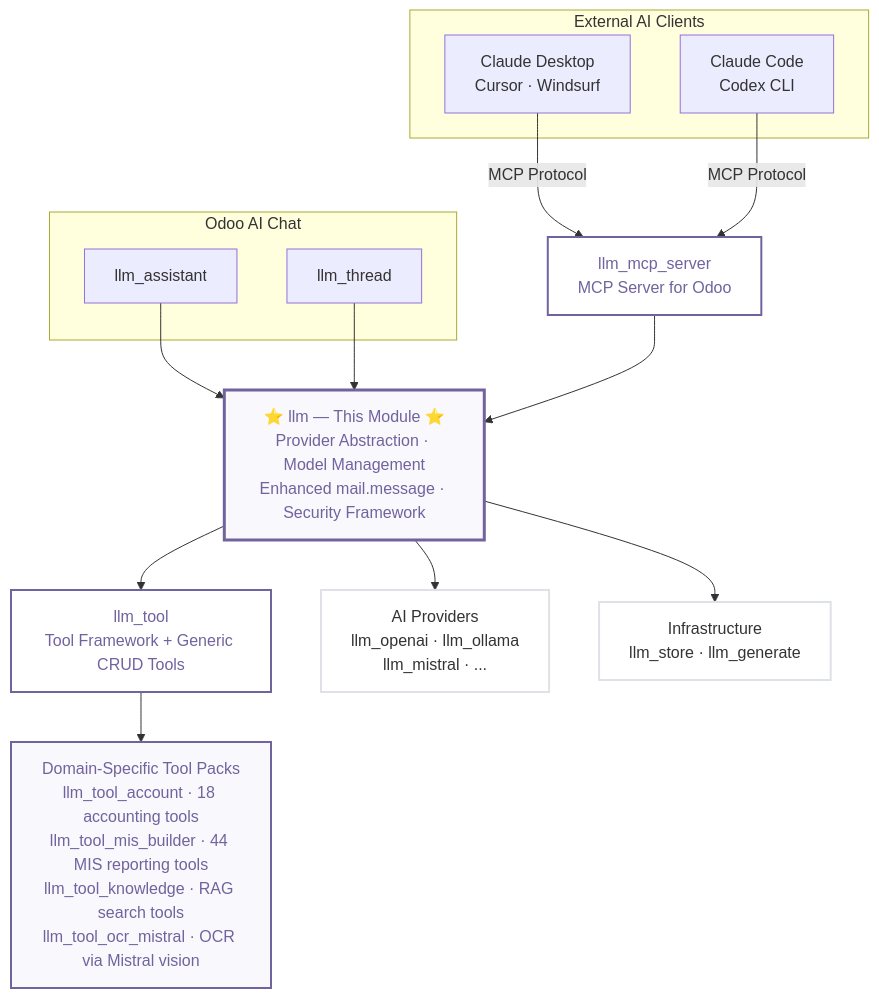
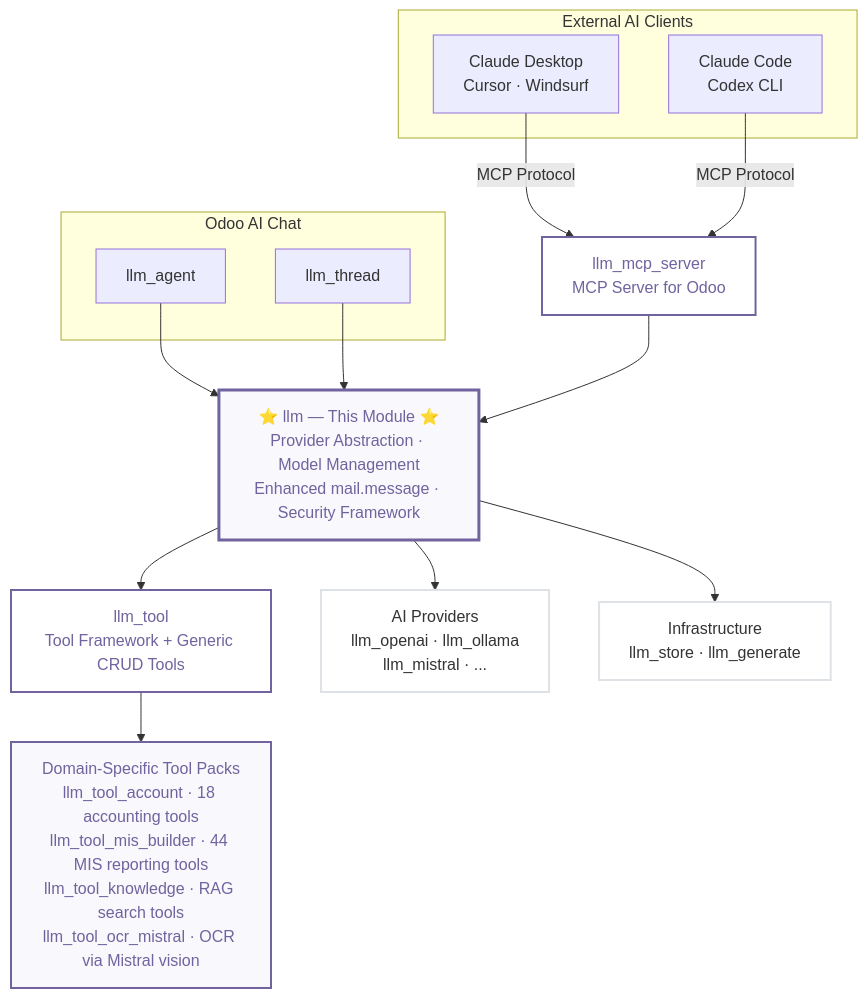
Before and after one commit to quick-sort/odoo_addons: the diagram in llm/README.md, drawn with Mermaid. The commit also changed other lines of this file and 88 other files, not shown here.

First line of the commit message:
refactor(llm): assistant 全量改名为 agent

````diff
--- a/llm/README.md
+++ b/llm/README.md
@@ -9,35 +9,35 @@
 ```mermaid
 graph TD
     subgraph External AI Clients
         CD[Claude Desktop<br>Cursor · Windsurf]
         CC[Claude Code<br>Codex CLI]
     end
 
     subgraph Odoo AI Chat
-        LA[llm_assistant]
+        LA[llm_agent]
         LT[llm_thread]
     end
 
     CD -->|MCP Protocol| MCP
     CC -->|MCP Protocol| MCP
 
     LA --> LLM
     LT --> LLM
 
     MCP[llm_mcp_server<br>MCP Server for Odoo] --> LLM
 
     LLM[⭐ llm — This Module ⭐<br>Provider Abstraction · Model Management<br>Enhanced mail.message · Security Framework]
 
     LLM --> TOOL[llm_tool<br>Tool Framework + Generic CRUD Tools]
     LLM --> PROV[AI Providers<br>llm_openai · llm_ollama<br>llm_mistral · ...]
     LLM --> INFRA[Infrastructure<br>llm_store · llm_generate]
 
     TOOL --> PACKS[Domain-Specific Tool Packs<br>llm_tool_account · 18 accounting tools<br>llm_tool_mis_builder · 44 MIS reporting tools<br>llm_tool_knowledge · RAG search tools<br>llm_tool_ocr_mistral · OCR via Mistral vision]
 
     style LLM fill:#f9f8fc,stroke:#71639e,stroke-width:3px,color:#71639e
     style MCP fill:#fff,stroke:#71639e,stroke-width:2px,color:#71639e
     style TOOL fill:#fff,stroke:#71639e,stroke-width:2px,color:#71639e
     style PACKS fill:#f9f8fc,stroke:#71639e,stroke-width:2px,color:#71639e
     style PROV fill:#fff,stroke:#dee2e6,stroke-width:2px
     style INFRA fill:#fff,stroke:#dee2e6,stroke-width:2px
 ```
````
